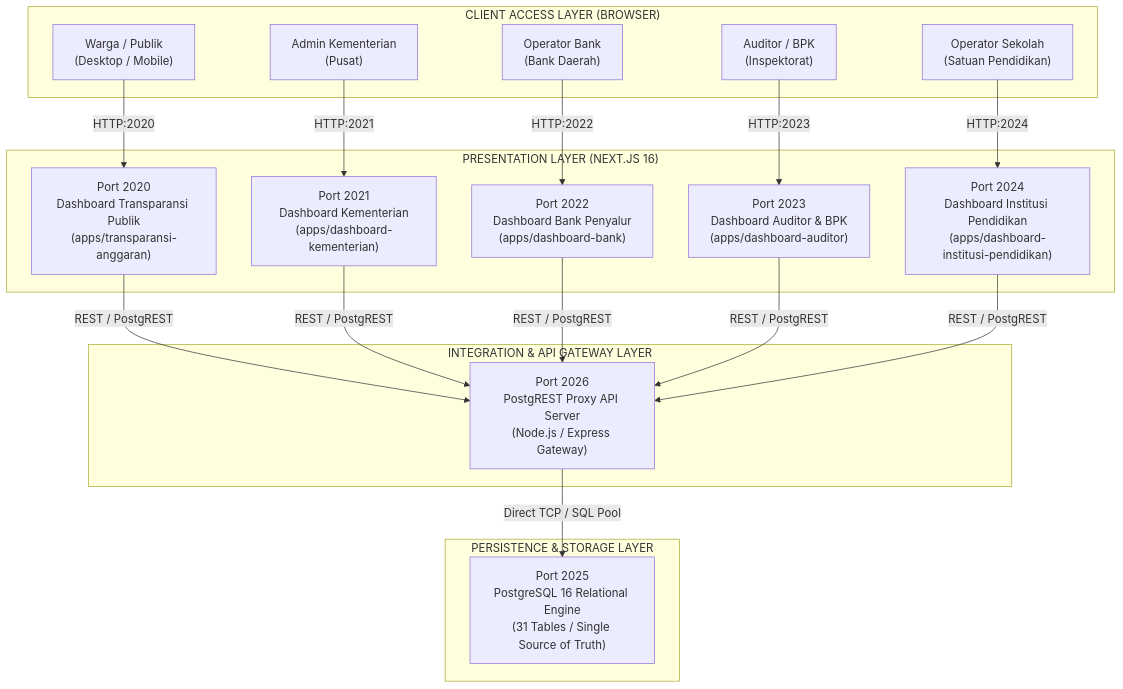
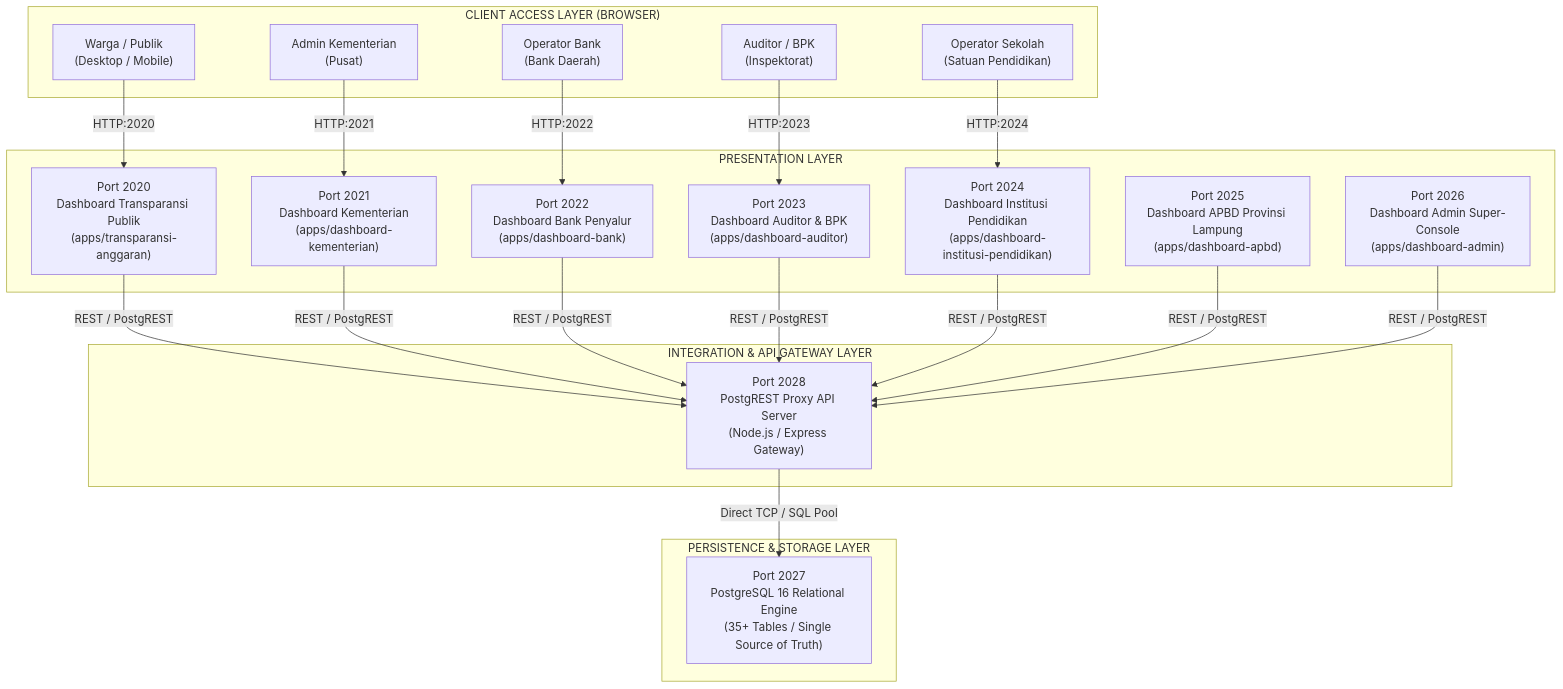
Before and after one commit to adimaryanto-stack/integrated-blockchain: the first of 2 diagrams in TOPOLOGY.md, drawn with Mermaid. The commit also changed other lines of this file and 121 other files, not shown here.

Commit message:
feat: integrate Dashboard Admin, proxy API, system scripts and multi-portal sync

````diff
--- a/TOPOLOGY.md
+++ b/TOPOLOGY.md
@@ -8,40 +8,44 @@
 ```mermaid
 graph TD
     subgraph "CLIENT ACCESS LAYER (BROWSER)"
         ClientPublik["Warga / Publik<br/>(Desktop / Mobile)"]
         ClientKemen["Admin Kementerian<br/>(Pusat)"]
         ClientBank["Operator Bank<br/>(Bank Daerah)"]
         ClientAudit["Auditor / BPK<br/>(Inspektorat)"]
         ClientSekolah["Operator Sekolah<br/>(Satuan Pendidikan)"]
     end
 
-    subgraph "PRESENTATION LAYER (NEXT.JS 16)"
+    subgraph "PRESENTATION LAYER"
         Port2020["Port 2020<br/>Dashboard Transparansi Publik<br/>(apps/transparansi-anggaran)"]
         Port2021["Port 2021<br/>Dashboard Kementerian<br/>(apps/dashboard-kementerian)"]
         Port2022["Port 2022<br/>Dashboard Bank Penyalur<br/>(apps/dashboard-bank)"]
         Port2023["Port 2023<br/>Dashboard Auditor & BPK<br/>(apps/dashboard-auditor)"]
         Port2024["Port 2024<br/>Dashboard Institusi Pendidikan<br/>(apps/dashboard-institusi-pendidikan)"]
+        Port2025["Port 2025<br/>Dashboard APBD Provinsi Lampung<br/>(apps/dashboard-apbd)"]
+        Port2026["Port 2026<br/>Dashboard Admin Super-Console<br/>(apps/dashboard-admin)"]
     end
 
     subgraph "INTEGRATION & API GATEWAY LAYER"
-        Port2026["Port 2026<br/>PostgREST Proxy API Server<br/>(Node.js / Express Gateway)"]
+        Port2028["Port 2028<br/>PostgREST Proxy API Server<br/>(Node.js / Express Gateway)"]
     end
 
     subgraph "PERSISTENCE & STORAGE LAYER"
-        Port2025["Port 2025<br/>PostgreSQL 16 Relational Engine<br/>(31 Tables / Single Source of Truth)"]
+        Port2027["Port 2027<br/>PostgreSQL 16 Relational Engine<br/>(35+ Tables / Single Source of Truth)"]
     end
 
     ClientPublik -->|HTTP:2020| Port2020
     ClientKemen -->|HTTP:2021| Port2021
     ClientBank -->|HTTP:2022| Port2022
     ClientAudit -->|HTTP:2023| Port2023
     ClientSekolah -->|HTTP:2024| Port2024
 
-    Port2020 -->|REST / PostgREST| Port2026
-    Port2021 -->|REST / PostgREST| Port2026
-    Port2022 -->|REST / PostgREST| Port2026
-    Port2023 -->|REST / PostgREST| Port2026
-    Port2024 -->|REST / PostgREST| Port2026
+    Port2020 -->|REST / PostgREST| Port2028
+    Port2021 -->|REST / PostgREST| Port2028
+    Port2022 -->|REST / PostgREST| Port2028
+    Port2023 -->|REST / PostgREST| Port2028
+    Port2024 -->|REST / PostgREST| Port2028
+    Port2025 -->|REST / PostgREST| Port2028
+    Port2026 -->|REST / PostgREST| Port2028
 
-    Port2026 -->|Direct TCP / SQL Pool| Port2025
+    Port2028 -->|Direct TCP / SQL Pool| Port2027
 ```
````
